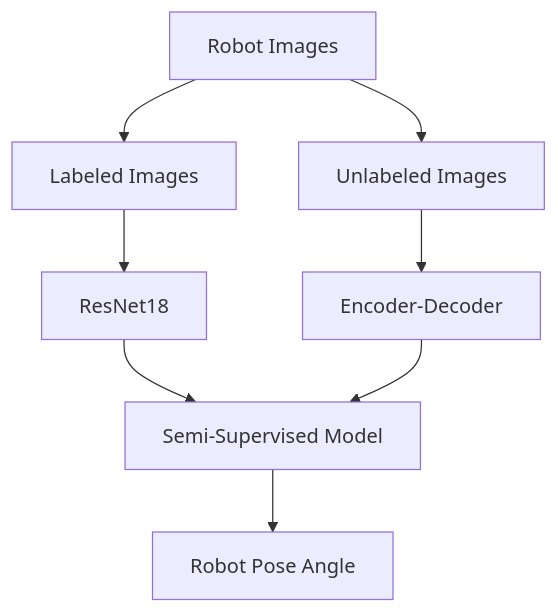
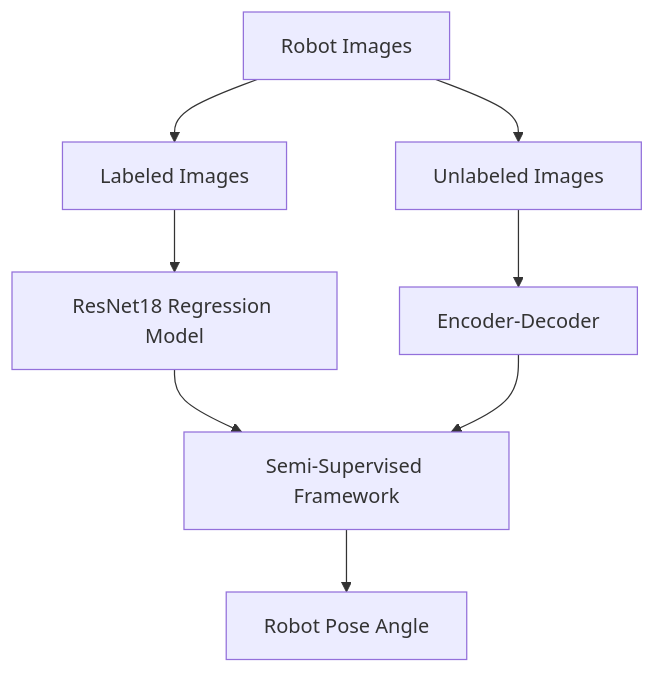
One commit to nitzankaminker/semi-supervised-robot-pose-estimation changed the diagram in README.md. Above: the diagram before and after it, drawn with Mermaid. The commit also changed other lines of this file, not shown here.

````diff
--- a/README.md
+++ b/README.md
@@ -82,16 +103,16 @@
 ```mermaid
 flowchart TD
 
 A[Robot Images]
 
 A --> B[Labeled Images]
 A --> C[Unlabeled Images]
 
-B --> D[ResNet18]
+B --> D[ResNet18 Regression Model]
 C --> E[Encoder-Decoder]
 
-D --> F[Semi-Supervised Model]
+D --> F[Semi-Supervised Framework]
 E --> F
 
 F --> G[Robot Pose Angle]
 ```
````
